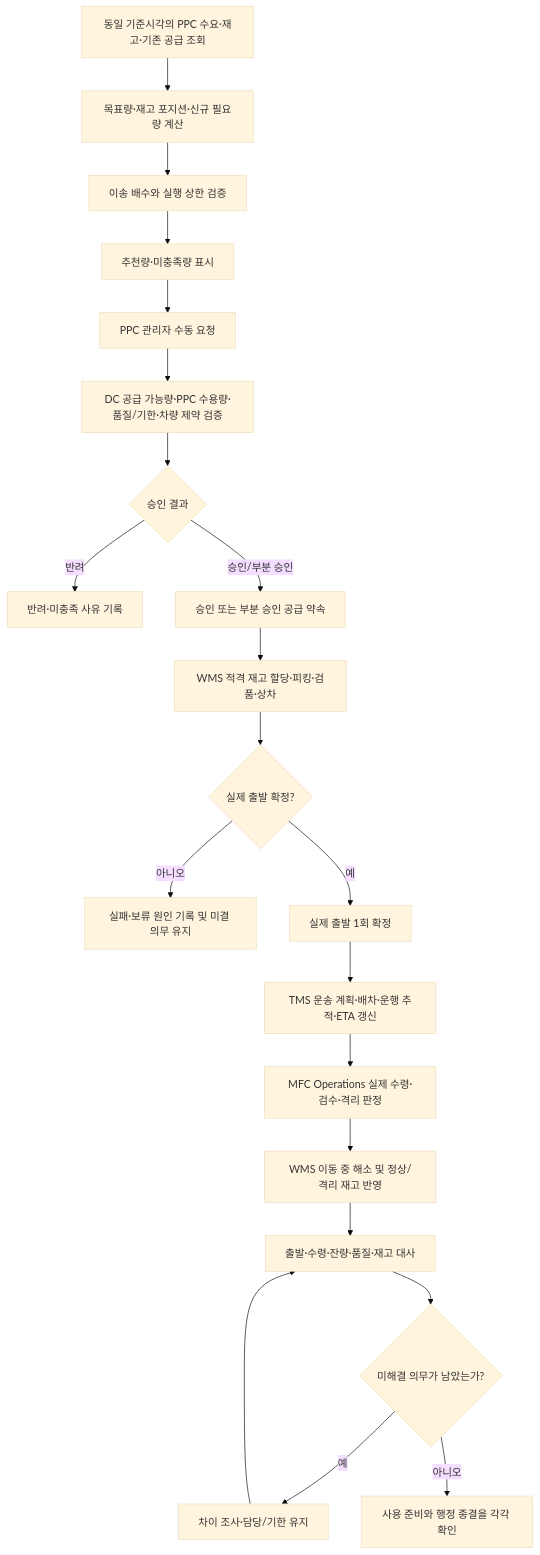
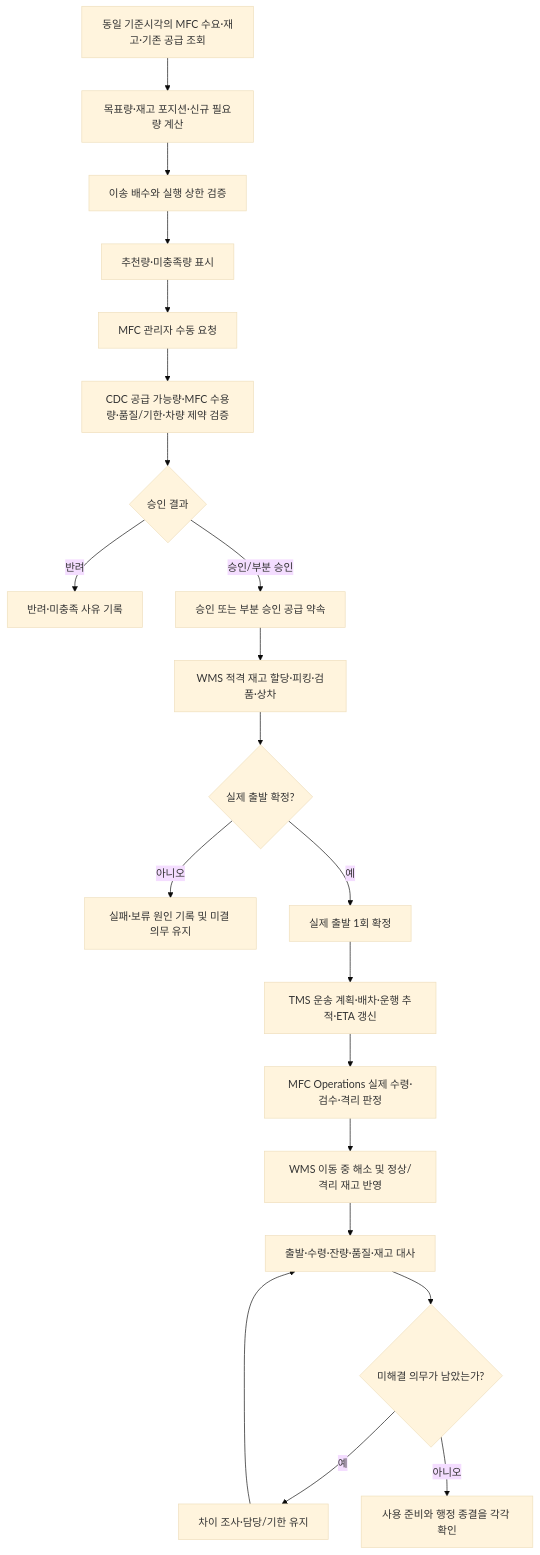
One commit to hsoh-collab/bmart-analysis changed the second of 8 diagrams in 03. v1-Logistics/TMS-SCM/SCM-Replenishment-business-logic-diagrams.md. Above: the diagram before and after it, drawn with Mermaid (base theme). The commit also changed other lines of this file and 3 other files, not shown here.

````diff
--- a/03. v1-Logistics/TMS-SCM/SCM-Replenishment-business-logic-diagrams.md
+++ b/03. v1-Logistics/TMS-SCM/SCM-Replenishment-business-logic-diagrams.md
@@ -40,30 +40,30 @@
 ```mermaid
 flowchart TD
-    A[동일 기준시각의 PPC 수요·재고·기존 공급 조회]
+    A[동일 기준시각의 MFC 수요·재고·기존 공급 조회]
     B[목표량·재고 포지션·신규 필요량 계산]
     C[이송 배수와 실행 상한 검증]
     D[추천량·미충족량 표시]
-    E[PPC 관리자 수동 요청]
-    F[DC 공급 가능량·PPC 수용량·품질/기한·차량 제약 검증]
+    E[MFC 관리자 수동 요청]
+    F[CDC 공급 가능량·MFC 수용량·품질/기한·차량 제약 검증]
     G{승인 결과}
     H[반려·미충족 사유 기록]
     I[승인 또는 부분 승인 공급 약속]
     J[WMS 적격 재고 할당·피킹·검품·상차]
     K{실제 출발 확정?}
     L[실패·보류 원인 기록 및 미결 의무 유지]
     M[실제 출발 1회 확정]
     N[TMS 운송 계획·배차·운행 추적·ETA 갱신]
     O[MFC Operations 실제 수령·검수·격리 판정]
     P[WMS 이동 중 해소 및 정상/격리 재고 반영]
     Q[출발·수령·잔량·품질·재고 대사]
     R{미해결 의무가 남았는가?}
     S[차이 조사·담당/기한 유지]
     T[사용 준비와 행정 종결을 각각 확인]
     A --> B --> C --> D --> E --> F --> G
     G -- 반려 --> H
     G -- 승인/부분 승인 --> I --> J --> K
     K -- 아니오 --> L
     K -- 예 --> M --> N --> O --> P --> Q --> R
     R -- 예 --> S --> Q
     R -- 아니오 --> T
 ```
````
